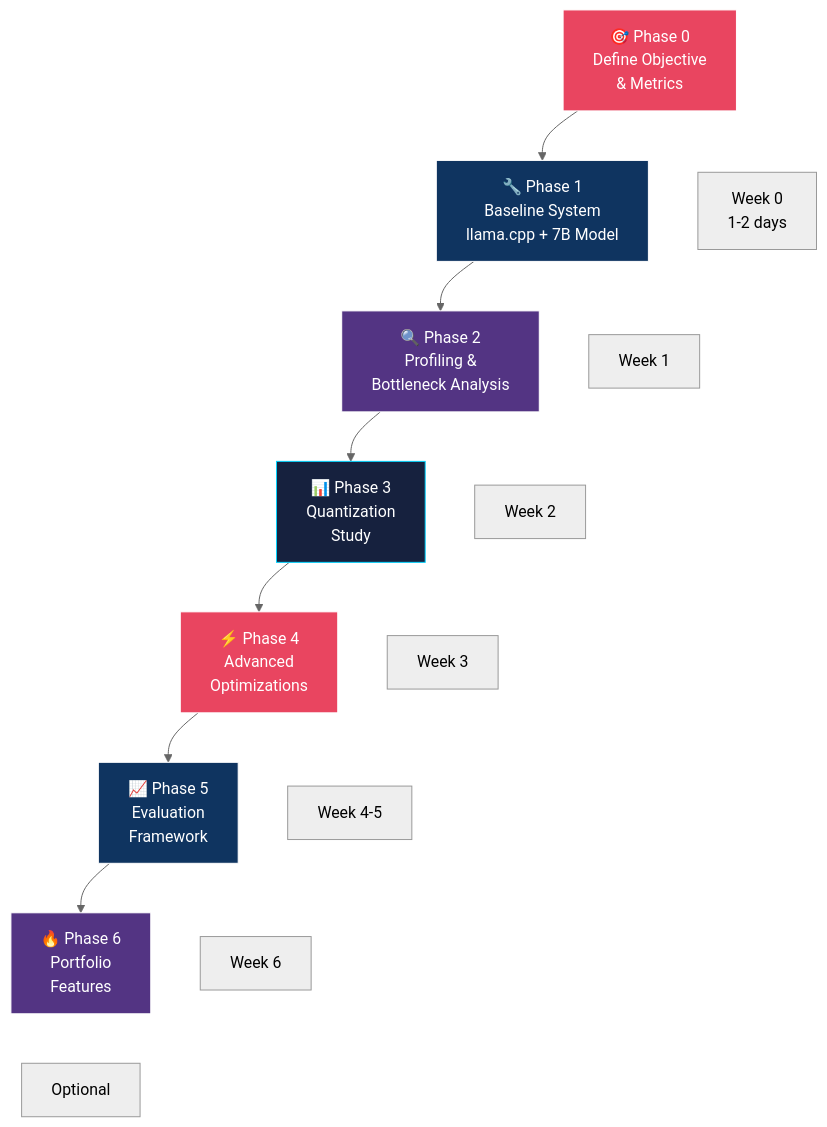
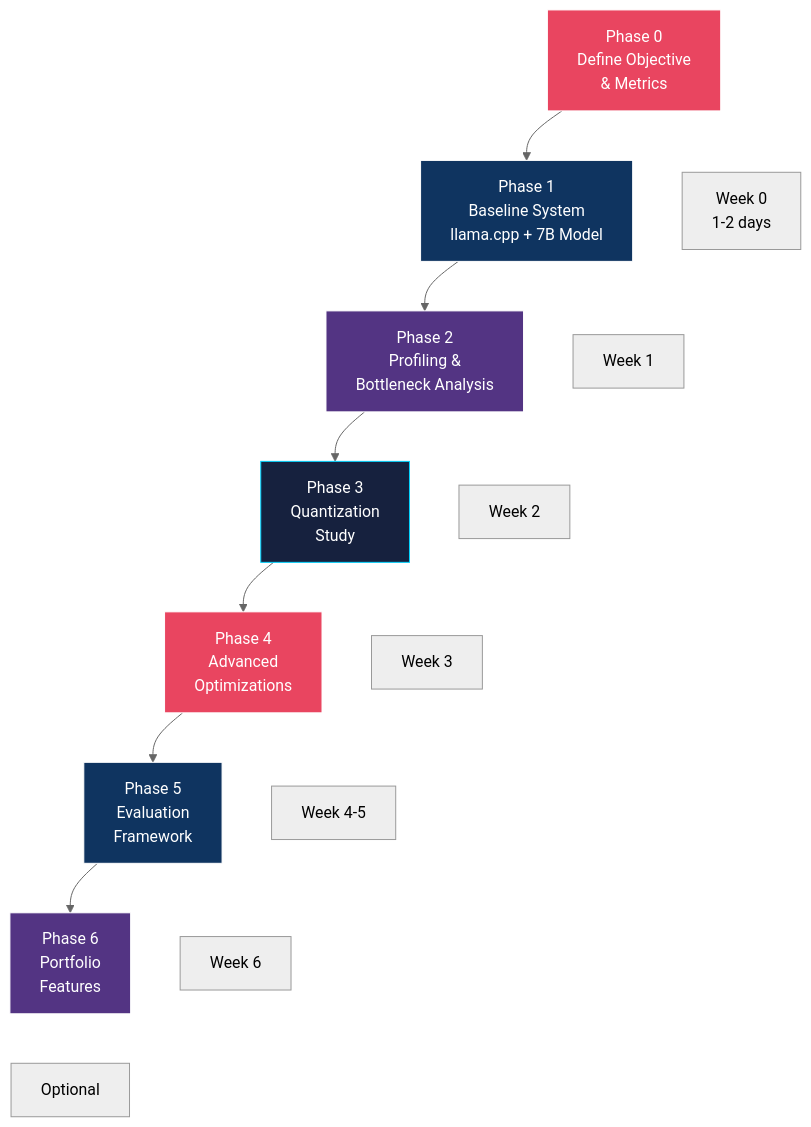
Before and after one commit to ch09/Low_Latency_Inference_optimization_LLM-LL_LLM-: the second of 25 diagrams in docs/project_documentation.md, drawn with Mermaid (neutral theme). The commit also changed other lines of this file and 1 other file, not shown here.

````diff
--- a/docs/project_documentation.md
+++ b/docs/project_documentation.md
@@ -55,33 +55,33 @@
 ```mermaid
 flowchart TB
-    P0["🎯 Phase 0\nDefine Objective\n& Metrics"]
-    P1["🔧 Phase 1\nBaseline System\nllama.cpp + 7B Model"]
-    P2["🔍 Phase 2\nProfiling &\nBottleneck Analysis"]
-    P3["📊 Phase 3\nQuantization\nStudy"]
-    P4["⚡ Phase 4\nAdvanced\nOptimizations"]
-    P5["📈 Phase 5\nEvaluation\nFramework"]
-    P6["🔥 Phase 6\nPortfolio\nFeatures"]
+    P0["Phase 0\nDefine Objective\n& Metrics"]
+    P1["Phase 1\nBaseline System\nllama.cpp + 7B Model"]
+    P2["Phase 2\nProfiling &\nBottleneck Analysis"]
+    P3["Phase 3\nQuantization\nStudy"]
+    P4["Phase 4\nAdvanced\nOptimizations"]
+    P5["Phase 5\nEvaluation\nFramework"]
+    P6["Phase 6\nPortfolio\nFeatures"]
 
     P0 --> P1
     P1 --> P2
     P2 --> P3
     P3 --> P4
     P4 --> P5
     P5 --> P6
 
     P0 ~~~ W0["Week 0\n1-2 days"]
     P1 ~~~ W1["Week 1"]
     P2 ~~~ W2["Week 2"]
     P3 ~~~ W3["Week 3"]
     P4 ~~~ W4["Week 4-5"]
     P5 ~~~ W5["Week 6"]
     P6 ~~~ W6["Optional"]
 
     style P0 fill:#e94560,stroke:#fff,color:#fff
     style P1 fill:#0f3460,stroke:#fff,color:#fff
     style P2 fill:#533483,stroke:#fff,color:#fff
     style P3 fill:#16213e,stroke:#00d4ff,color:#fff
     style P4 fill:#e94560,stroke:#fff,color:#fff
     style P5 fill:#0f3460,stroke:#fff,color:#fff
     style P6 fill:#533483,stroke:#fff,color:#fff
 ```
````
